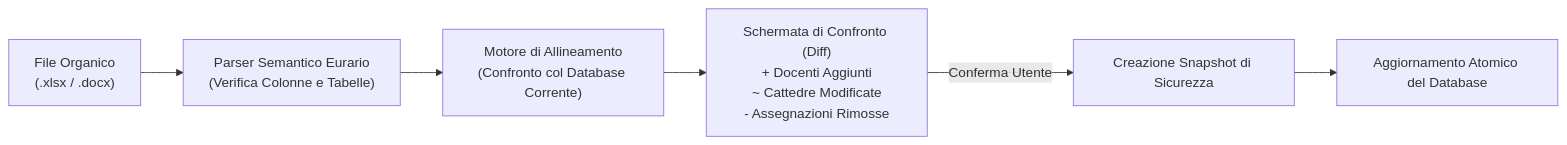
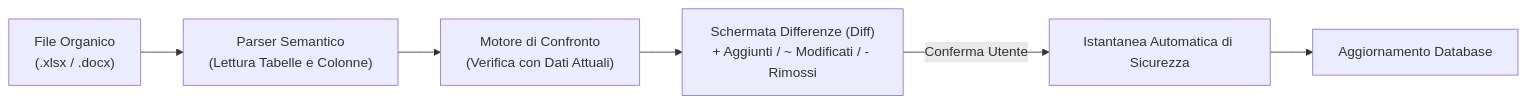
One commit to carlorigoni/eurario changed the second of 2 diagrams in docs/getting-started.md. Above: the diagram before and after it, drawn with Mermaid. The commit also changed other lines of this file and 13 other files, not shown here.

````diff
--- a/docs/getting-started.md
+++ b/docs/getting-started.md
@@ -132,8 +186,8 @@
 ```mermaid
 flowchart LR
-    File["File Organico\n(.xlsx / .docx)"] --> Parser["Parser Semantico Eurario\n(Verifica Colonne e Tabelle)"]
-    Parser --> Matcher["Motore di Allineamento\n(Confronto col Database Corrente)"]
-    Matcher --> DiffModal["Schermata di Confronto (Diff)\n+ Docenti Aggiunti\n~ Cattedre Modificate\n- Assegnazioni Rimosse"]
-    DiffModal -->|"Conferma Utente"| AutoSnapshot["Creazione Snapshot di Sicurezza"]
-    AutoSnapshot --> Apply["Aggiornamento Atomico del Database"]
+    File["File Organico\n(.xlsx / .docx)"] --> Parser["Parser Semantico\n(Lettura Tabelle e Colonne)"]
+    Parser --> Matcher["Motore di Confronto\n(Verifica con Dati Attuali)"]
+    Matcher --> DiffModal["Schermata Differenze (Diff)\n+ Aggiunti / ~ Modificati / - Rimossi"]
+    DiffModal -->|"Conferma Utente"| AutoSnapshot["Istantanea Automatica di Sicurezza"]
+    AutoSnapshot --> Apply["Aggiornamento Database"]
 ```
````
